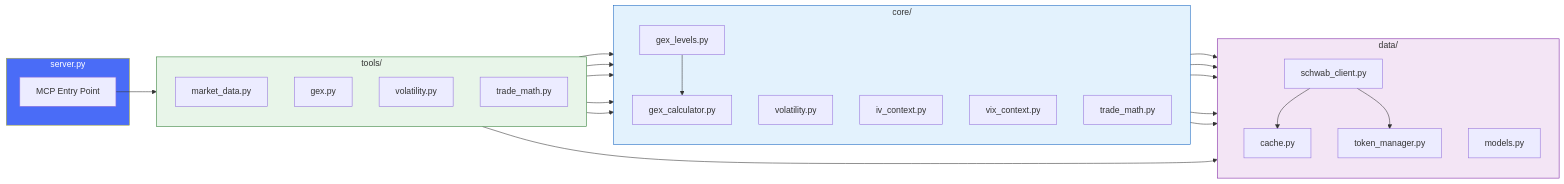
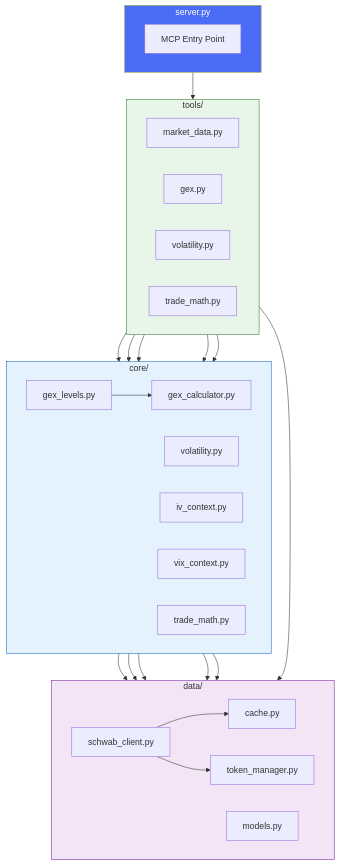
Before and after one commit to nsnguyen/thinkorswim_local_mcp: the sixth of 10 diagrams in docs/ARCHITECTURE.md, drawn with Mermaid. The commit also changed other lines of this file and 5 other files, not shown here.

First line of the commit message:
Break phases into separate docs, fix remaining diagrams to top-down

````diff
--- a/docs/ARCHITECTURE.md
+++ b/docs/ARCHITECTURE.md
@@ -398,53 +398,54 @@
 ```mermaid
-graph LR
+graph TB
     subgraph Entry["server.py"]
+        direction LR
         S[MCP Entry Point]
     end
 
     subgraph Tools["tools/"]
-        direction TB
+        direction LR
         TM[market_data.py]
         TG[gex.py]
         TV[volatility.py]
         TT[trade_math.py]
     end
 
     subgraph Core["core/"]
-        direction TB
+        direction LR
         GC[gex_calculator.py]
         GL[gex_levels.py]
         CV[volatility.py]
         IC[iv_context.py]
         VX[vix_context.py]
         MT[trade_math.py]
     end
 
     subgraph Data["data/"]
-        direction TB
+        direction LR
         CL[schwab_client.py]
         MO[models.py]
         CH[cache.py]
         TK[token_manager.py]
     end
 
     S --> Tools
     TM --> CL
     TG --> GC
     TG --> GL
     TV --> CV
     TV --> IC
     TT --> MT
     GC --> CL
     GC --> MO
     GL --> GC
     CV --> CL
     IC --> CL
     VX --> CL
     CL --> CH
     CL --> TK
 
     style Entry fill:#4a6cf7,color:#fff
     style Tools fill:#e8f5e9,stroke:#2e7d32
     style Core fill:#e3f2fd,stroke:#1565c0
     style Data fill:#f3e5f5,stroke:#7b1fa2
 ```
````
